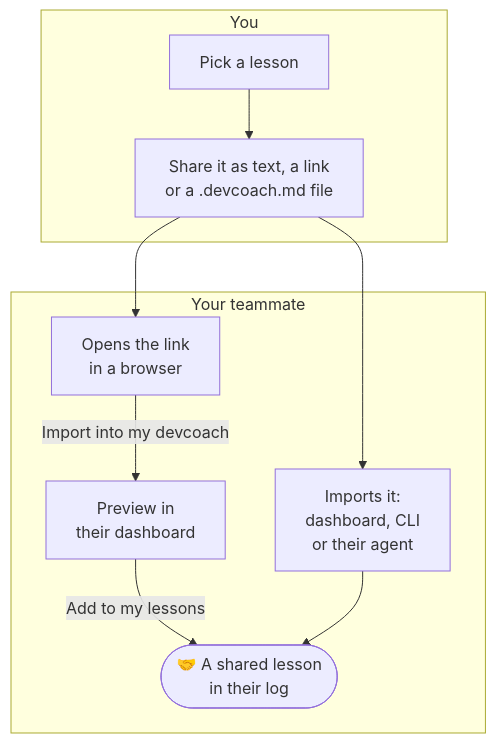
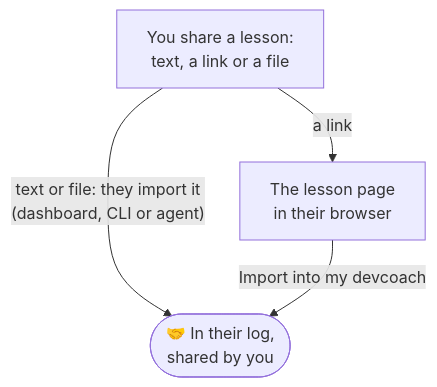
One commit to UltimaPhoenix/dev-coach changed the diagram in docs/usage/sharing.md. Above: the diagram before and after it, drawn with Mermaid. The commit also changed other lines of this file and 2 other files, not shown here.

````diff
--- a/docs/usage/sharing.md
+++ b/docs/usage/sharing.md
@@ -19,15 +23,7 @@
 ```mermaid
 flowchart TD
-    subgraph you ["You"]
-        A["Pick a lesson"] --> B["Share it as text, a link<br/>or a .devcoach.md file"]
-    end
-    subgraph mate ["Your teammate"]
-        C["Opens the link<br/>in a browser"] -->|"Import into my devcoach"| D["Preview in<br/>their dashboard"]
-        E["Imports it:<br/>dashboard, CLI<br/>or their agent"]
-        F(["🤝 A shared lesson<br/>in their log"])
-    end
-    B --> C
-    B --> E
-    D -->|"Add to my lessons"| F
-    E --> F
+    A["You share a lesson:<br/>text, a link or a file"]:::primary
+    A -->|"a link"| B["The lesson page<br/>in their browser"]
+    A -->|"text or file: they import it<br/>(dashboard, CLI or agent)"| C(["🤝 In their log,<br/>shared by you"])
+    B -->|"Import into my devcoach"| C
 ```
````
